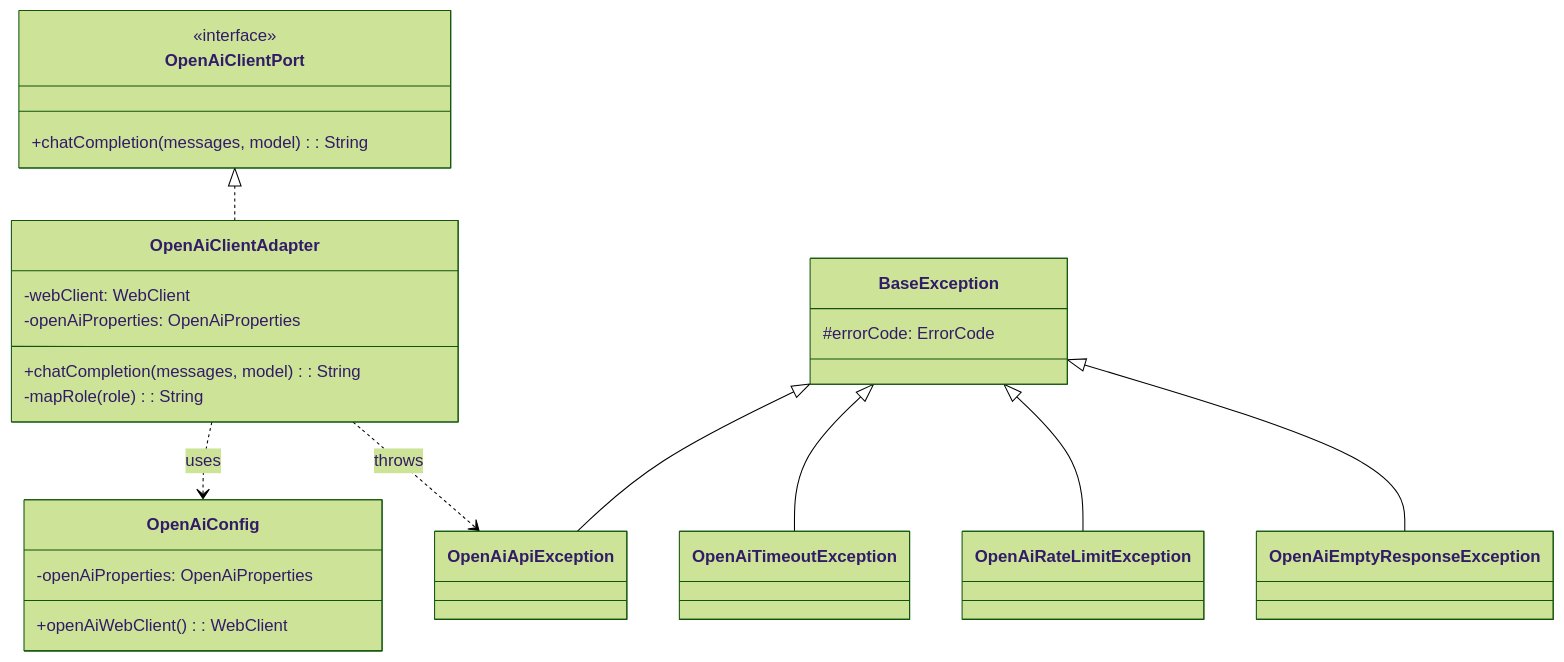
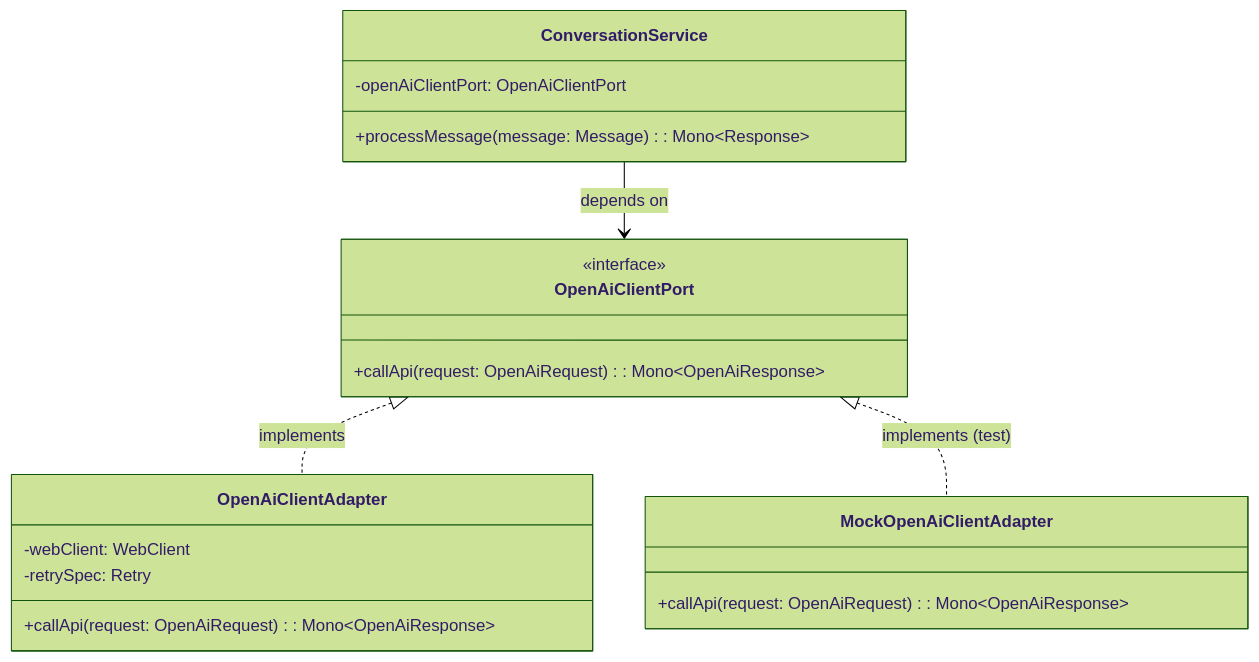
The sixth of 6 diagrams in _posts/2026-02-06-spring-webflux-openai-api-호출-최적화-개발기.md (jiwon11/jiwon11.github.io), drawn with Mermaid (forest theme) before and after one commit. The commit also changed other lines of this file and 4 other files, not shown here.

````diff
--- a/_posts/2026-02-06-spring-webflux-openai-api-호출-최적화-개발기.md
+++ b/_posts/2026-02-06-spring-webflux-openai-api-호출-최적화-개발기.md
@@ -491,32 +411,26 @@
 ```mermaid
 classDiagram
     class OpenAiClientPort {
         <<interface>>
-        +chatCompletion(messages, model): String
+        +callApi(request: OpenAiRequest): Mono~OpenAiResponse~
     }
+
     class OpenAiClientAdapter {
         -webClient: WebClient
-        -openAiProperties: OpenAiProperties
-        +chatCompletion(messages, model): String
-        -mapRole(role): String
+        -retrySpec: Retry
+        +callApi(request: OpenAiRequest): Mono~OpenAiResponse~
     }
-    class OpenAiConfig {
-        -openAiProperties: OpenAiProperties
-        +openAiWebClient(): WebClient
+
+    class MockOpenAiClientAdapter {
+        +callApi(request: OpenAiRequest): Mono~OpenAiResponse~
     }
-    class BaseException {
-        #errorCode: ErrorCode
+
+    class ConversationService {
+        -openAiClientPort: OpenAiClientPort
+        +processMessage(message: Message): Mono~Response~
     }
-    class OpenAiApiException
-    class OpenAiTimeoutException
-    class OpenAiRateLimitException
-    class OpenAiEmptyResponseException
 
-    OpenAiClientPort <|.. OpenAiClientAdapter
-    BaseException <|-- OpenAiApiException
-    BaseException <|-- OpenAiTimeoutException
-    BaseException <|-- OpenAiRateLimitException
-    BaseException <|-- OpenAiEmptyResponseException
-    OpenAiClientAdapter ..> OpenAiConfig : uses
-    OpenAiClientAdapter ..> OpenAiApiException : throws
+    OpenAiClientPort <|.. OpenAiClientAdapter : implements
+    OpenAiClientPort <|.. MockOpenAiClientAdapter : implements (test)
+    ConversationService --> OpenAiClientPort : depends on
 ```
````
